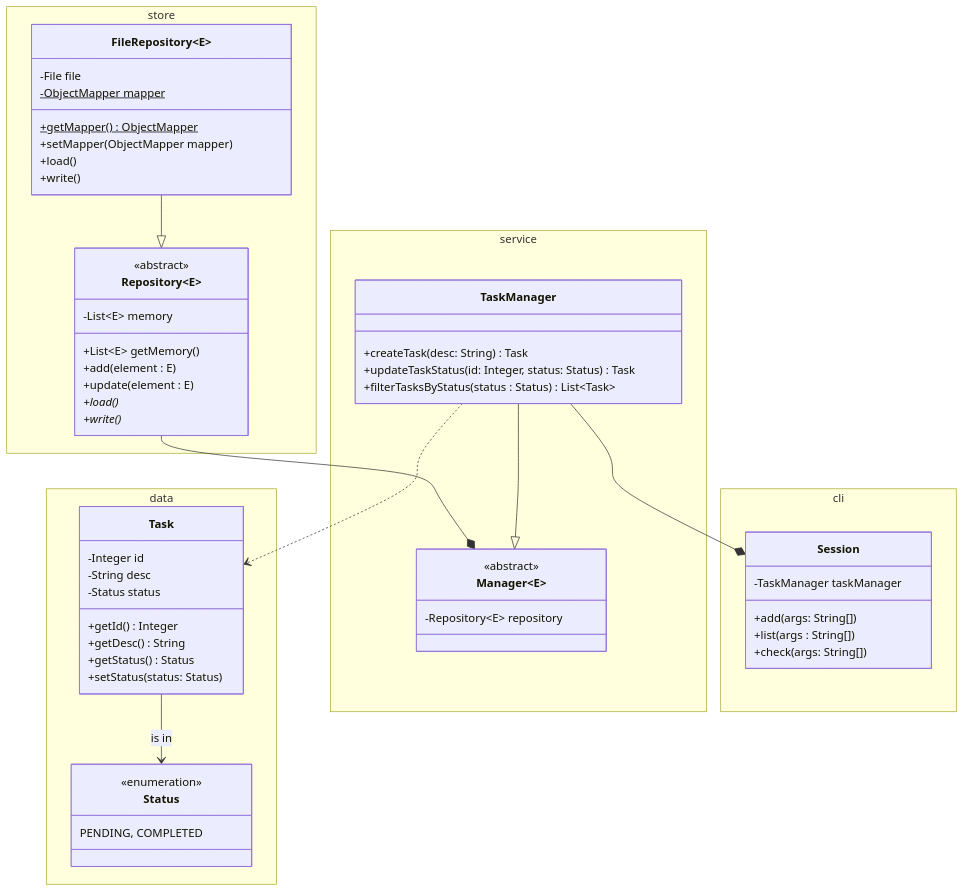
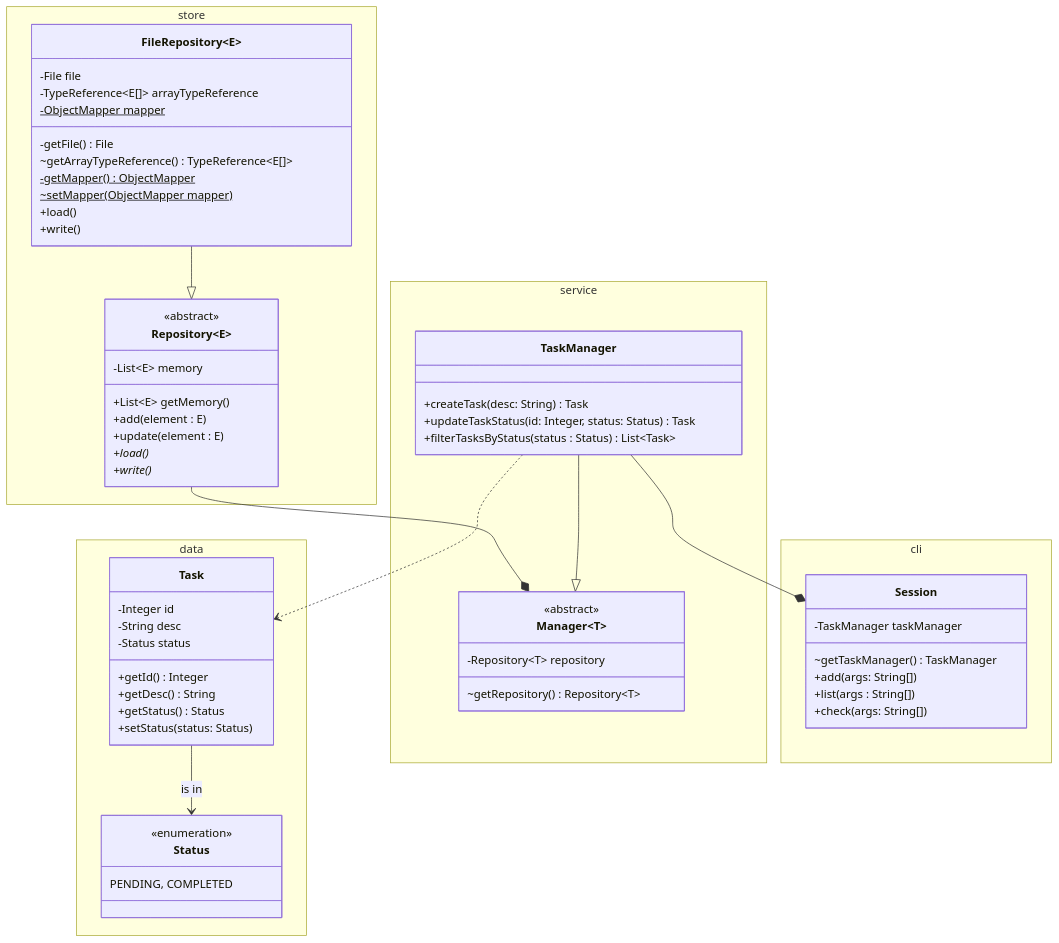
The diagram in README.md (black-dial/white-noise), drawn with Mermaid before and after one commit.

````diff
--- a/README.md
+++ b/README.md
@@ -3,62 +3,67 @@
 ```mermaid
 classDiagram
     namespace data {
         class Task {
             -Integer id
             -String desc
             -Status status
             +getId() Integer
             +getDesc() String
             +getStatus() Status
             +setStatus(status: Status)
         }
         class Status {
             <<enumeration>>
             PENDING, COMPLETED
         }
     }
     namespace store {
         class Repository~E~ {
             <<abstract>>
             -List~E~ memory
             +List~E~ getMemory()
             +add(element : E)
             +update(element : E)
             +load()*
             +write()*
         }
         class FileRepository~E~ {
             -File file
+            -TypeReference~E[]~ arrayTypeReference
             -ObjectMapper mapper$
-            +getMapper()$ ObjectMapper
-            +setMapper(ObjectMapper mapper)
+            -getFile() File
+            ~getArrayTypeReference() TypeReference~E[]~
+            -getMapper()$ ObjectMapper
+            ~setMapper(ObjectMapper mapper)$
             +load()
             +write()
         }
     }
     namespace service {
-        class Manager~E~ {
+        class Manager~T~ {
             <<abstract>>
-            -Repository~E~ repository
+            -Repository~T~ repository
+            ~getRepository() Repository~T~
         }
         class TaskManager {
             +createTask(desc: String) Task
             +updateTaskStatus(id: Integer, status: Status) Task
             +filterTasksByStatus(status : Status) List~Task~
         }
     }
     namespace cli {
         class Session {
             -TaskManager taskManager
+            ~getTaskManager() TaskManager
             +add(args: String[])
             +list(args : String[])
             +check(args: String[])
         }
     }
     Task --> Status : is in
     FileRepository --|> Repository
     Repository --* Manager
     TaskManager --|> Manager
     TaskManager ..> Task
     TaskManager --* Session
 ```
````
